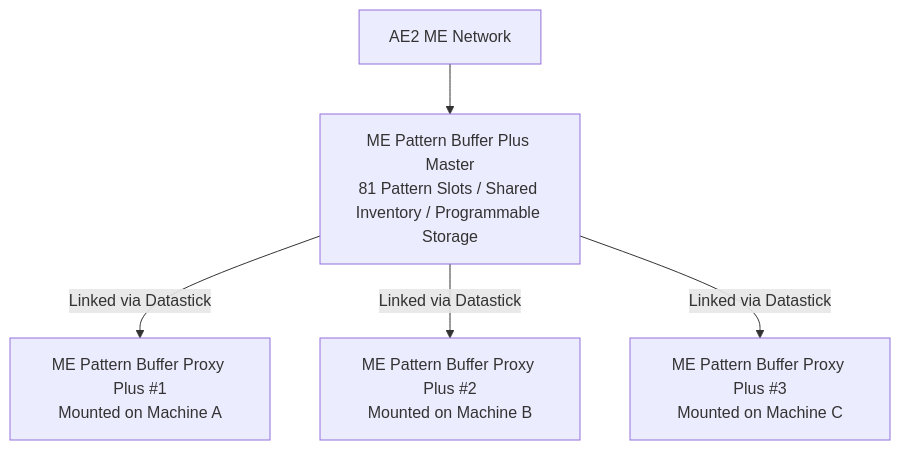
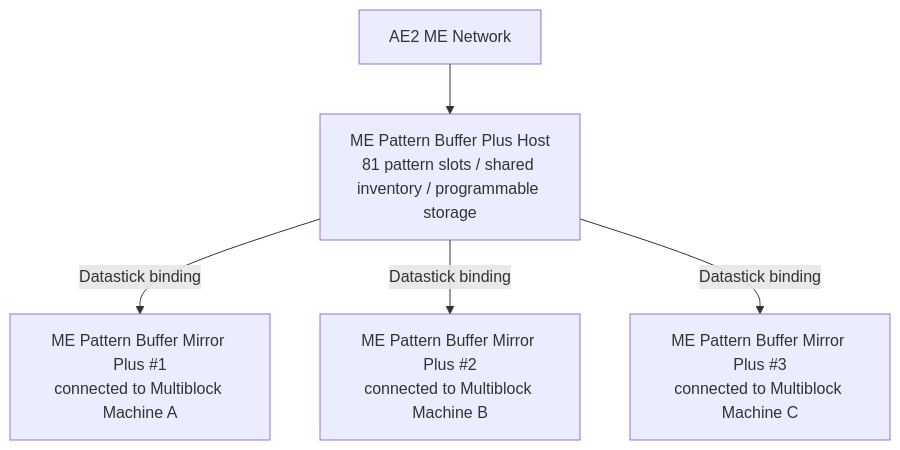
The diagram in docs/en/gtecore/ae2-integration.md (takanashisatou/GregtechEasy-Docs), drawn with Mermaid before and after one commit. The commit also changed other lines of this file and 99 other files, not shown here.

````diff
--- a/docs/en/gtecore/ae2-integration.md
+++ b/docs/en/gtecore/ae2-integration.md
@@ -13,7 +13,7 @@
 ```mermaid
 graph TD
-    A[AE2 ME Network] --> B[ME Pattern Buffer Plus Master<br/>81 Pattern Slots / Shared Inventory / Programmable Storage]
-    B -->|Linked via Datastick| C[ME Pattern Buffer Proxy Plus #1<br/>Mounted on Machine A]
-    B -->|Linked via Datastick| D[ME Pattern Buffer Proxy Plus #2<br/>Mounted on Machine B]
-    B -->|Linked via Datastick| E[ME Pattern Buffer Proxy Plus #3<br/>Mounted on Machine C]
+    A[AE2 ME Network] --> B[ME Pattern Buffer Plus Host<br/>81 pattern slots / shared inventory / programmable storage]
+    B -->|Datastick binding| C[ME Pattern Buffer Mirror Plus #1<br/>connected to Multiblock Machine A]
+    B -->|Datastick binding| D[ME Pattern Buffer Mirror Plus #2<br/>connected to Multiblock Machine B]
+    B -->|Datastick binding| E[ME Pattern Buffer Mirror Plus #3<br/>connected to Multiblock Machine C]
 ```
````
